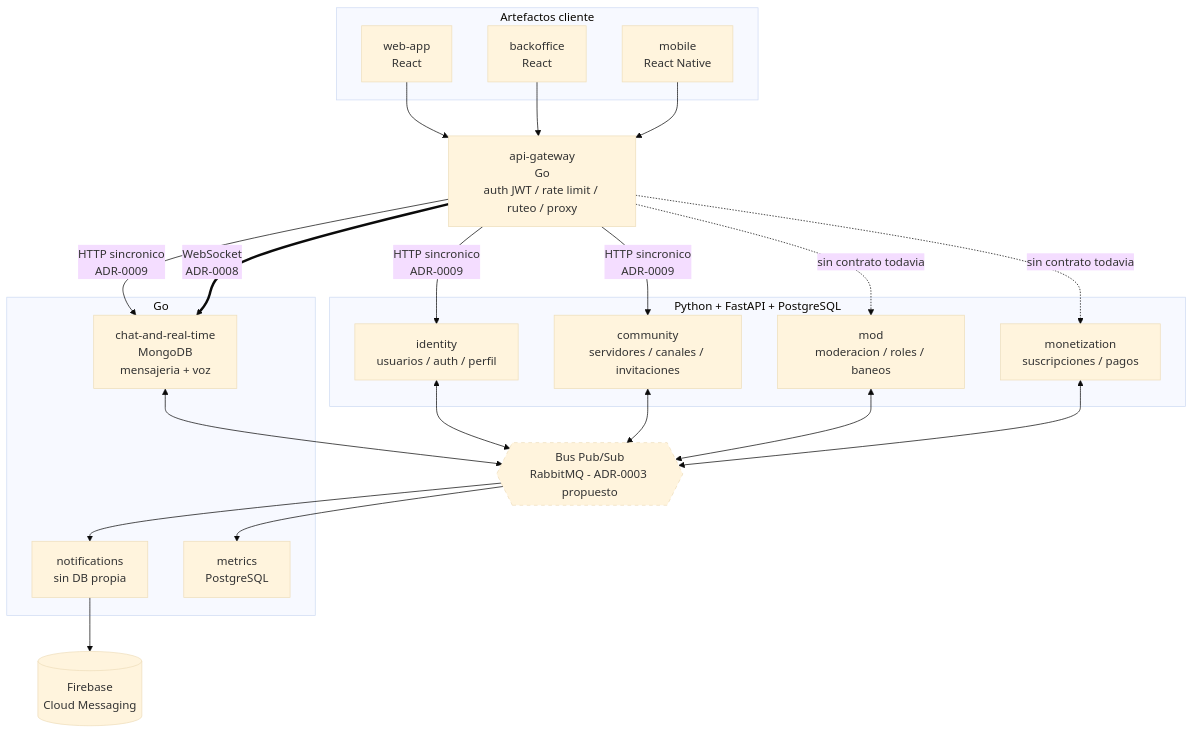
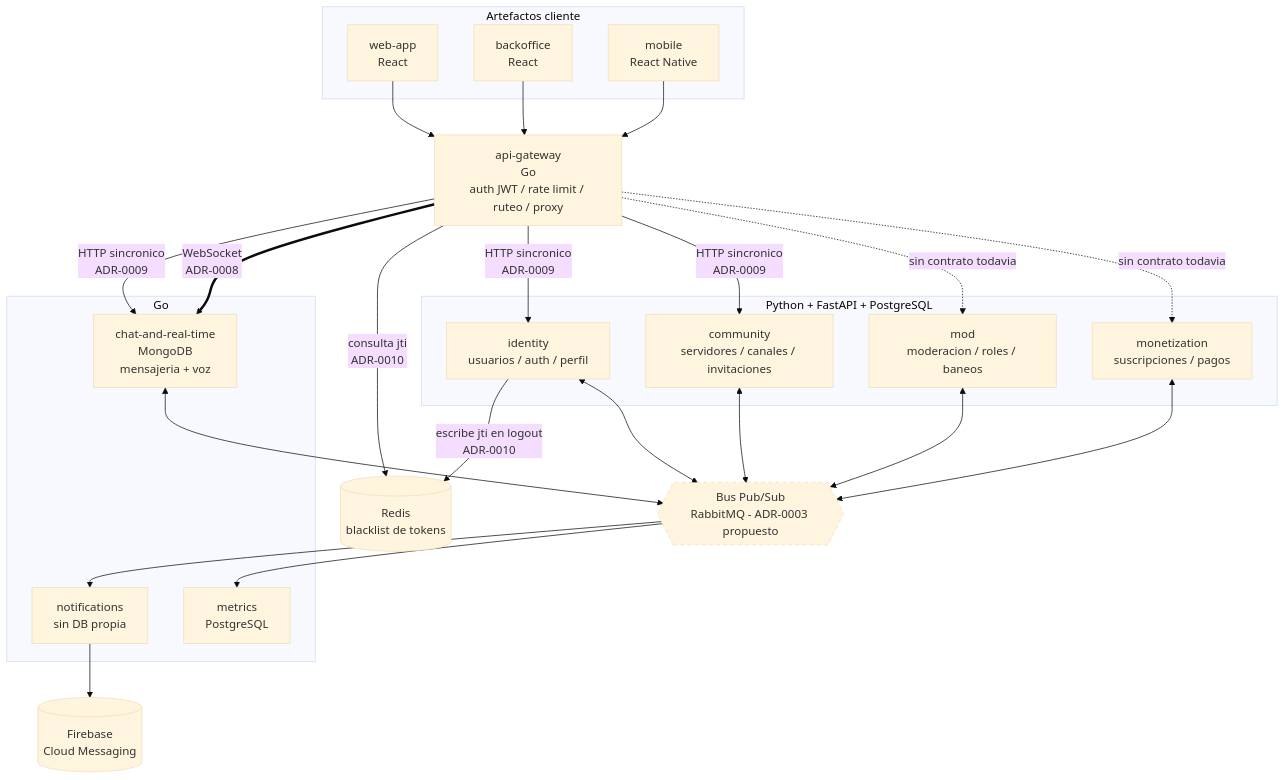
The diagram in arquitectura/arquitectura-discordia.mmd (Discordia-Grupo-16/discordia-docs), drawn with Mermaid (base theme) before and after one commit. The commit also changed 3 other files, not shown here.

Commit message:
docs: actualizar arquitectura con Redis para revocación de tokens (ADR-0010)

```diff
--- a/arquitectura/arquitectura-discordia.mmd
+++ b/arquitectura/arquitectura-discordia.mmd
@@ -1,58 +1,63 @@
 %% Discordia - Arquitectura de alto nivel
 %% Fuente unica del diagrama. Editar aca, no en una imagen exportada.
-%% Ver: adr/0001, adr/0002, adr/0003, adr/0008, adr/0009
+%% Ver: adr/0001, adr/0002, adr/0003, adr/0008, adr/0009, adr/0010
 %% Dos caminos, y no hay que mezclarlos:
 %%   cliente -> gateway -> servicio : HTTP sincronico, el gateway hace de proxy (ADR-0009)
 %%   servicio -> bus -> consumidores: eventos, asincronico, unica via entre servicios
 %% No hay flechas servicio -> servicio: el ADR-0004 rechazo las llamadas sincronicas internas.
 %% El gateway no publica al bus: el evento lo publica el servicio dueno del recurso.
 
 flowchart TB
     subgraph clientes["Artefactos cliente"]
         web["web-app<br/>React"]
         bo["backoffice<br/>React"]
         mob["mobile<br/>React Native"]
     end
 
     gw["api-gateway<br/>Go<br/>auth JWT / rate limit / ruteo / proxy"]
+
+    redis[("Redis<br/>blacklist de tokens")]
 
     subgraph python["Python + FastAPI + PostgreSQL"]
         identity["identity<br/>usuarios / auth / perfil"]
         community["community<br/>servidores / canales / invitaciones"]
         mod["mod<br/>moderacion / roles / baneos"]
         monetization["monetization<br/>suscripciones / pagos"]
     end
 
     subgraph golang["Go"]
         chat["chat-and-real-time<br/>MongoDB<br/>mensajeria + voz"]
         notif["notifications<br/>sin DB propia"]
         metrics["metrics<br/>PostgreSQL"]
     end
 
     bus{{"Bus Pub/Sub<br/>RabbitMQ - ADR-0003 propuesto"}}
 
     fcm[("Firebase<br/>Cloud Messaging")]
 
     web --> gw
     bo --> gw
     mob --> gw
 
     gw -- "HTTP sincronico<br/>ADR-0009" --> identity
     gw -- "HTTP sincronico<br/>ADR-0009" --> community
     gw -- "HTTP sincronico<br/>ADR-0009" --> chat
     gw == "WebSocket<br/>ADR-0008" ==> chat
     gw -. "sin contrato todavia" .-> mod
     gw -. "sin contrato todavia" .-> monetization
 
+    gw -- "consulta jti<br/>ADR-0010" --> redis
+    identity -- "escribe jti en logout<br/>ADR-0010" --> redis
+
     identity <--> bus
     community <--> bus
     mod <--> bus
     monetization <--> bus
     chat <--> bus
     bus --> notif
     bus --> metrics
 
     notif --> fcm
 
     classDef pendiente stroke-dasharray: 5 5
     class bus pendiente
```
